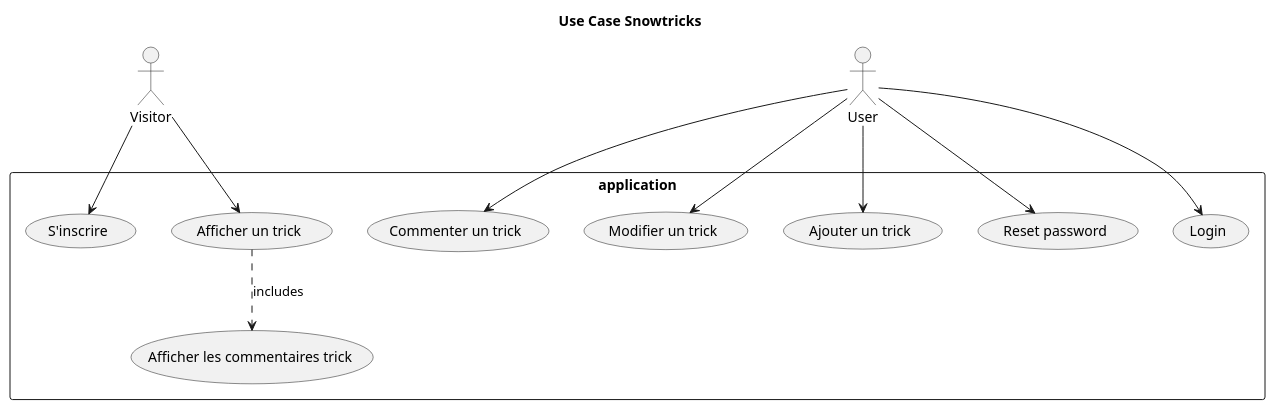
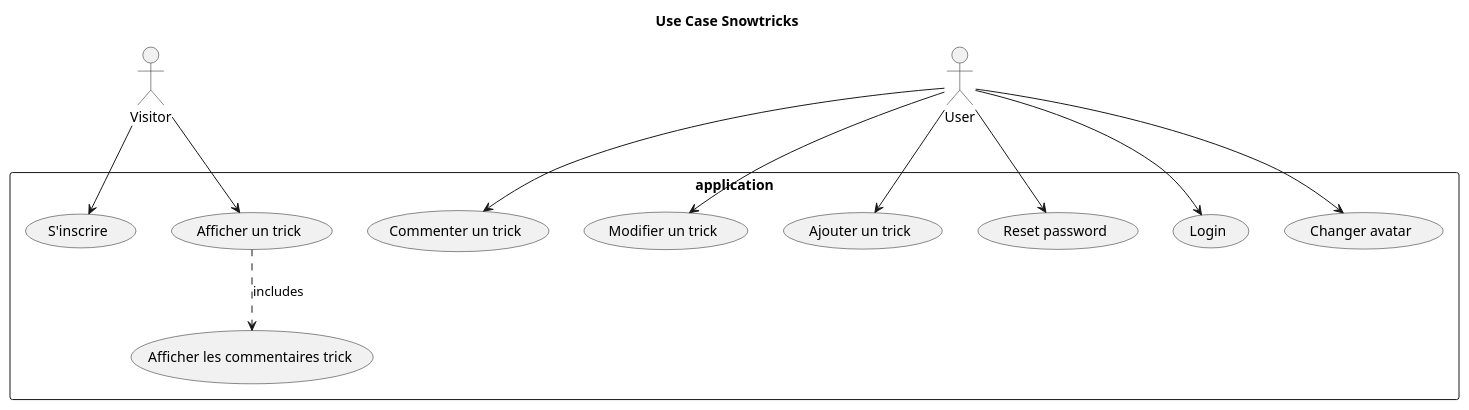
Before and after one commit to tomcdj71-openclassrooms/Snowtricks: the diagram in .diagrams/sources/UseCase.puml, drawn with PlantUML. The commit also changed 13 other files, not shown here.

```diff
--- a/.diagrams/sources/UseCase.puml
+++ b/.diagrams/sources/UseCase.puml
@@ -1,31 +1,33 @@
 @startuml Use Case Snowtricks
   title Use Case Snowtricks
 
   skinparam packageStyle rect
   skinparam shadowing false
 
   actor Visitor as visitor
   actor User as user
 
   rectangle application {
       (S'inscrire) as registerUser
       (Commenter un trick) as commentTrick
       (Modifier un trick) as editTrick
       (Afficher un trick) as displayTrick
       (Afficher les commentaires trick) as displayTrickComments
       (Ajouter un trick) as addTrick
       (Reset password) as resetPassword
       (Login) as loginUser
+      (Changer avatar) as changeAvatar
   }
 
   visitor --> registerUser
   visitor --> displayTrick
 
   user --> loginUser
   user --> commentTrick
   user --> addTrick
   user --> editTrick
   user --> resetPassword
+  user --> changeAvatar
 
   displayTrick ..> displayTrickComments : includes
 @enduml
```
